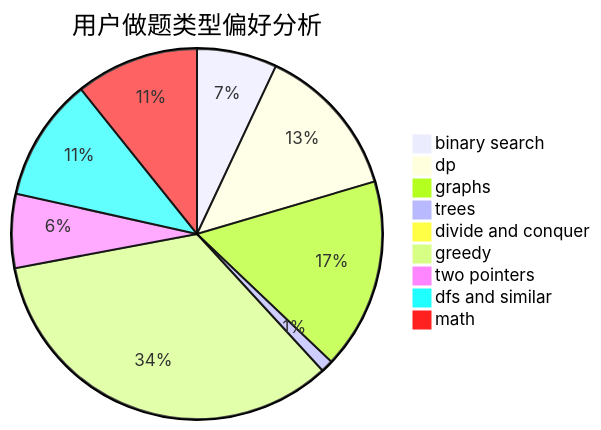
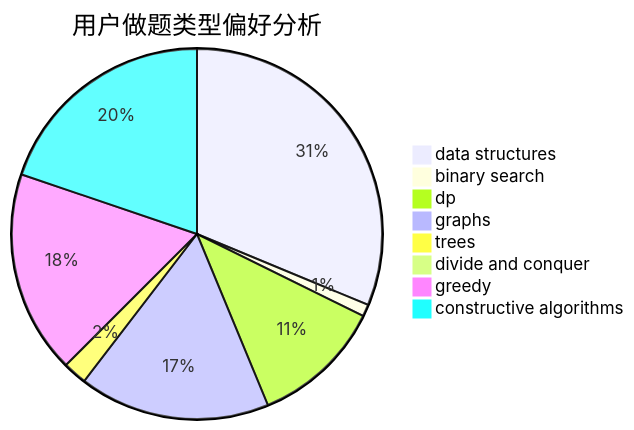
Before and after one commit to sherpahu/cfrs.github.io: the second of 3 diagrams in docs/user/u41.md, drawn with Mermaid. The commit also changed other lines of this file and 2775 other files, not shown here.

````diff
--- a/docs/user/u41.md
+++ b/docs/user/u41.md
@@ -23,12 +23,11 @@
 ```mermaid
 pie title 用户做题类型偏好分析
-    "binary search" :  13
-    "dp" :  25
-    "graphs" :  31
+    "data structures" :  30
+    "binary search" :  1
+    "dp" :  11
+    "graphs" :  16
     "trees" :  2
-    "divide and conquer" :  1
-    "greedy" :  63
-    "two pointers" :  12
-    "dfs and similar" :  20
-    "math" :  20
+    "divide and conquer" :  0
+    "greedy" :  17
+    "constructive algorithms" :  19
 ```
````
